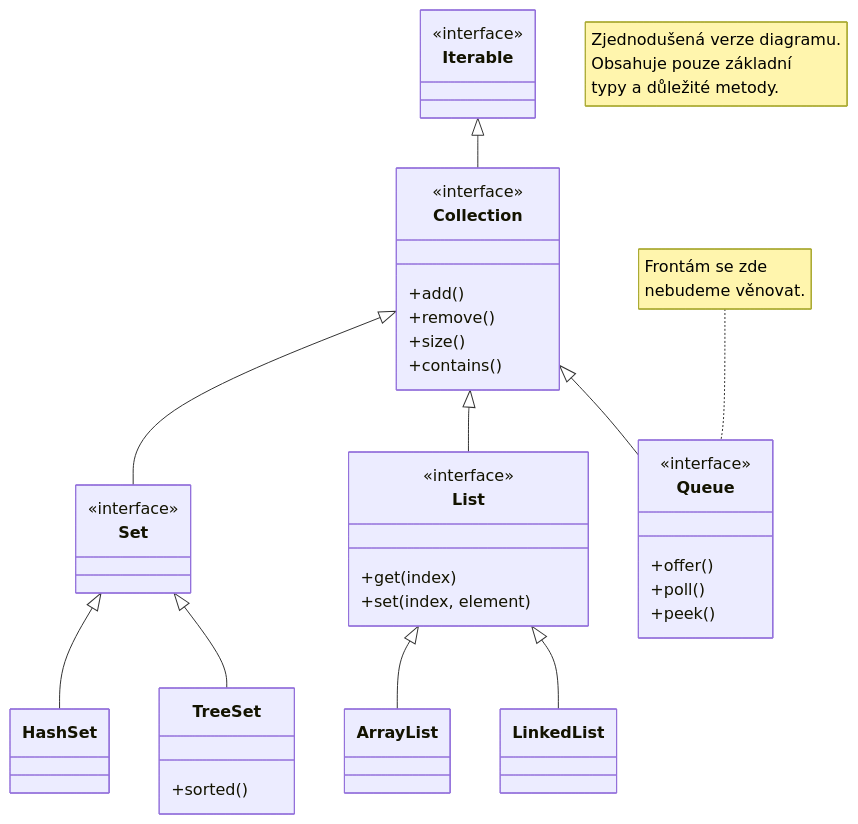
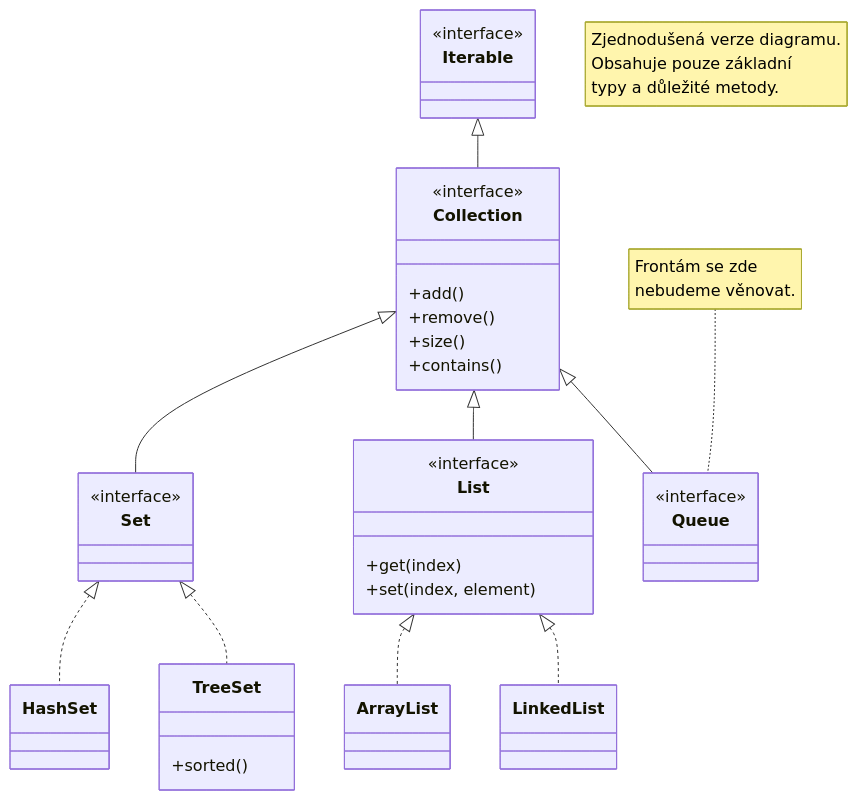
Before and after one commit to Engin1980/7opr2-gitbook: the diagram in pole-kolekce/kolekce.md, drawn with Mermaid.

Commit message:
GITBOOK-66: No subject

````diff
--- a/pole-kolekce/kolekce.md
+++ b/pole-kolekce/kolekce.md
@@ -9,61 +7,59 @@
 ```mermaid
 classDiagram
 direction TB
     class Iterable {
     }
 
     class Collection {
 	    +add()
 	    +remove()
 	    +size()
 	    +contains()
     }
 
     class Set {
     }
 
     class List {
 	    +get(index)
 	    +set(index, element)
     }
 
     class Queue {
-	    +offer()
-	    +poll()
-	    +peek()
     }
 
     class HashSet {
     }
 
     class TreeSet {
 	    +sorted()
     }
 
     class ArrayList {
     }
 
     class LinkedList {
     }
 
 	<<interface>> Iterable
 	<<interface>> Collection
 	<<interface>> Set
 	<<interface>> List
 	<<interface>> Queue
 
 	note "Zjednodušená verze diagramu.
-Obsahuje pouze základní 
-typy a důležité metody."
-	note for Queue "Frontám se zde
-nebudeme věnovat."
+      Obsahuje pouze základní 
+      typy a důležité metody."
+
+	note for Queue "Frontám se zde 
+      nebudeme věnovat."
 
     Iterable <|-- Collection
     Collection <|-- Set
     Collection <|-- List
     Collection <|-- Queue
-    Set <|-- HashSet
-    Set <|-- TreeSet
-    List <|-- ArrayList
-    List <|-- LinkedList
+    Set <|.. HashSet
+    Set <|.. TreeSet
+    List <|.. ArrayList
+    List <|.. LinkedList
 ```
````
